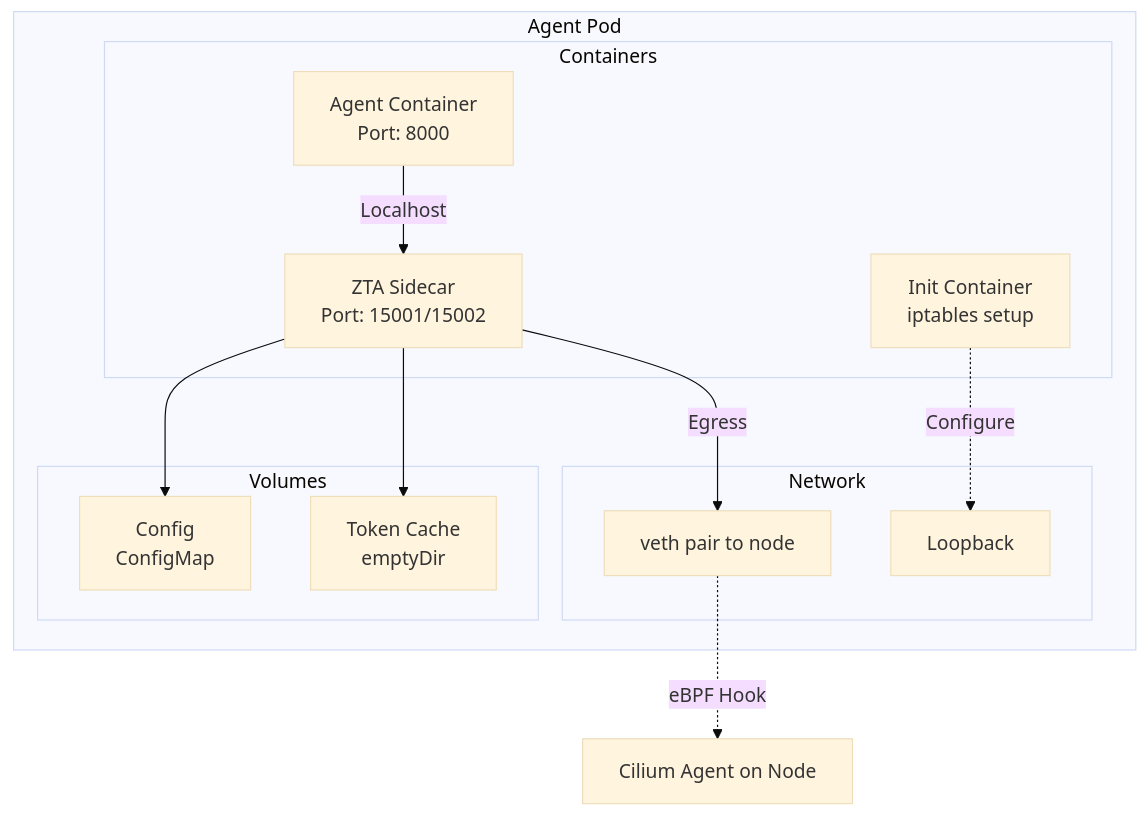
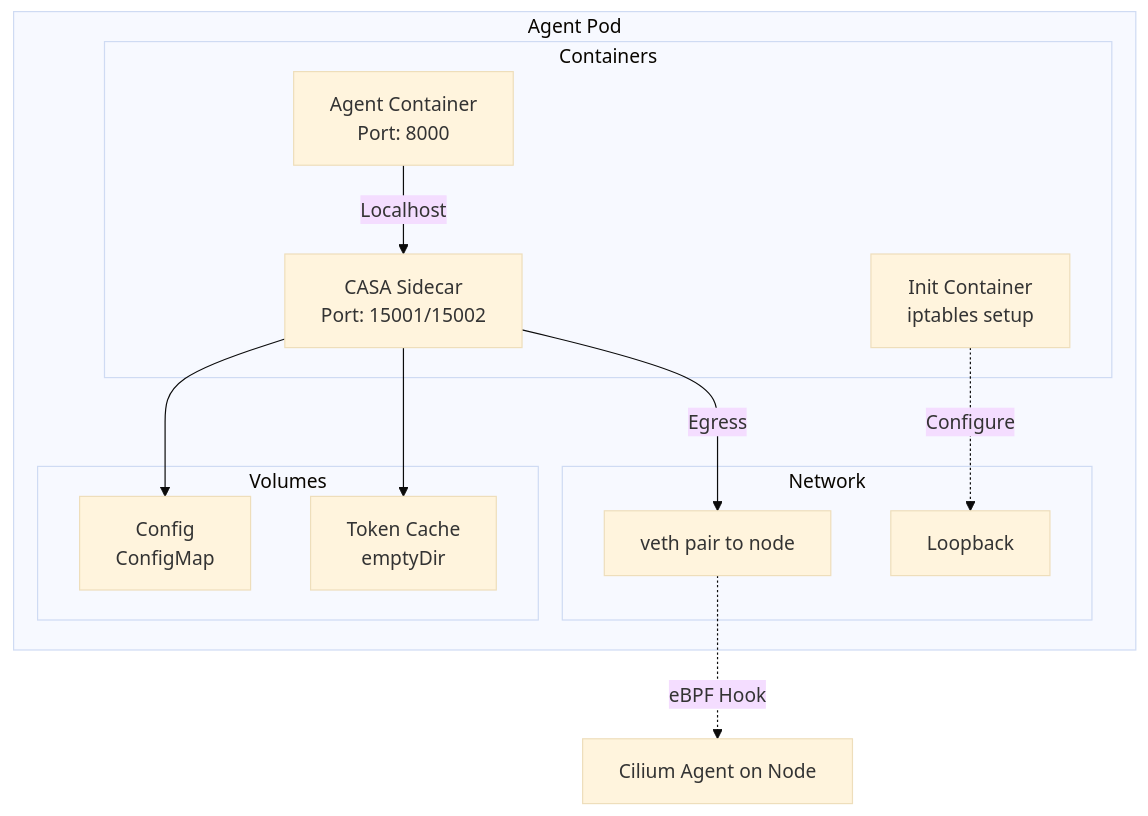
The ninth of 16 diagrams in contrib/wip/it1/SPECS.md (outshift-open/CASA), drawn with Mermaid (base theme) before and after one commit. The commit also changed other lines of this file and 294 other files, not shown here.

Commit message:
feat: Rename from ZTA to CASA

````diff
--- a/contrib/wip/it1/SPECS.md
+++ b/contrib/wip/it1/SPECS.md
@@ -1725,28 +1725,28 @@
 ```mermaid
 graph TB
     subgraph "Agent Pod"
         subgraph "Containers"
             AGENT[Agent Container<br/>Port: 8000]
-            SIDECAR[ZTA Sidecar<br/>Port: 15001/15002]
+            SIDECAR[CASA Sidecar<br/>Port: 15001/15002]
             INIT[Init Container<br/>iptables setup]
         end
 
         subgraph "Volumes"
             TOKEN_VOL[Token Cache<br/>emptyDir]
             CONFIG_VOL[Config<br/>ConfigMap]
         end
 
         subgraph "Network"
             VETH[veth pair to node]
             LO[Loopback]
         end
     end
 
     INIT -.->|Configure| LO
     AGENT -->|Localhost| SIDECAR
     SIDECAR -->|Egress| VETH
     SIDECAR --> TOKEN_VOL
     SIDECAR --> CONFIG_VOL
 
     VETH -.->|eBPF Hook| CILIUM[Cilium Agent on Node]
 ```
````
